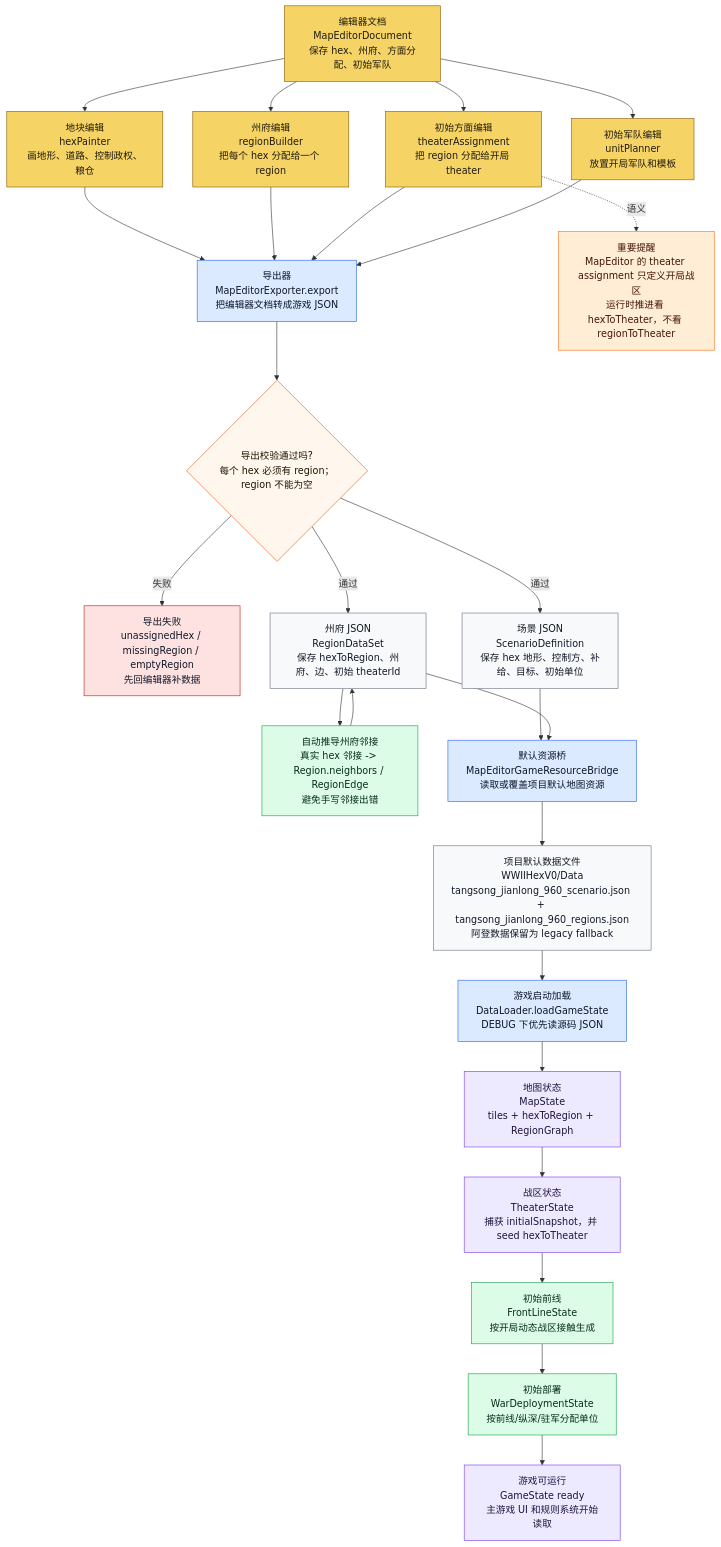
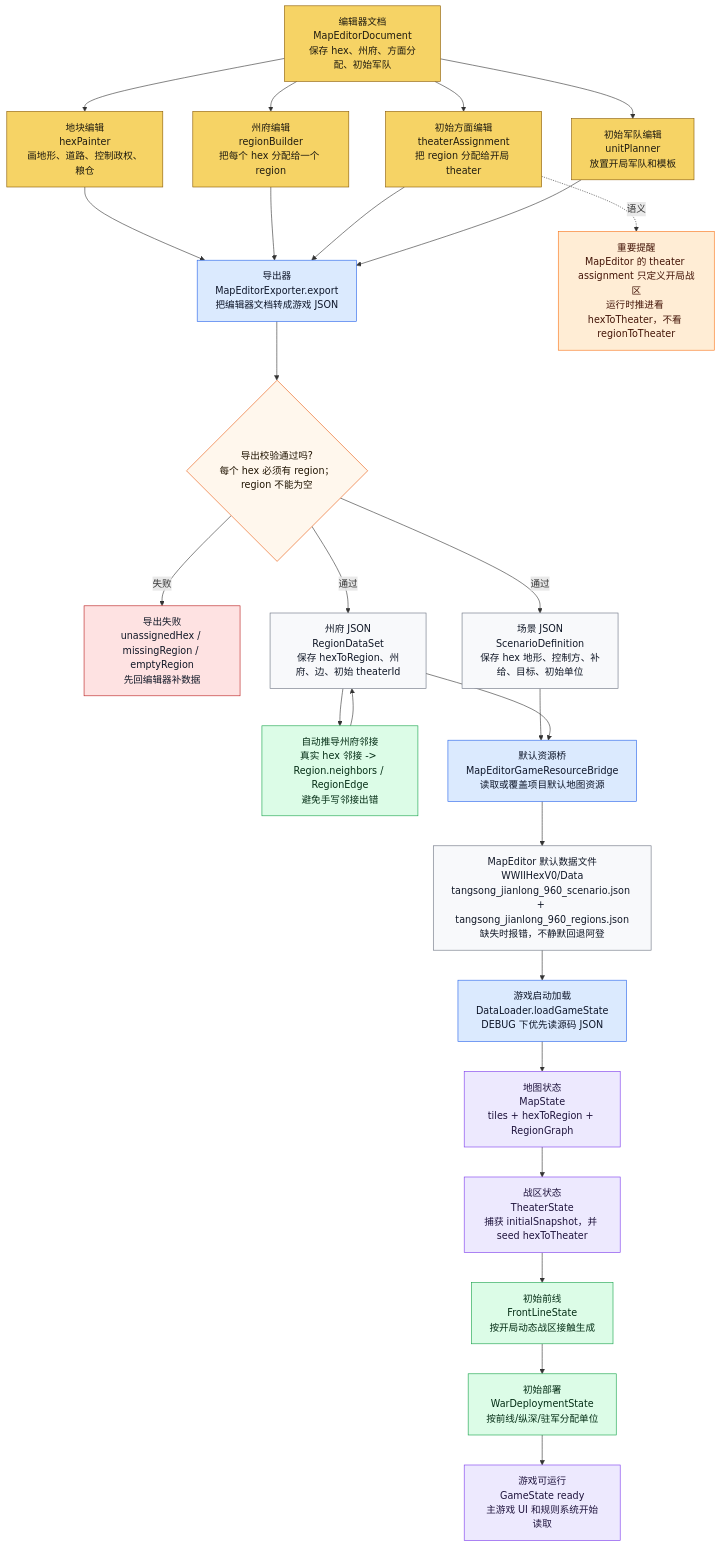
Before and after one commit to Altman-sam114/125: the eighth of 12 diagrams in md/flow/flowchart.md, drawn with Mermaid. The commit also changed 5 other files, not shown here.

````diff
--- a/md/flow/flowchart.md
+++ b/md/flow/flowchart.md
@@ -482,48 +482,48 @@
 ```mermaid
 flowchart TD
     DOC["编辑器文档<br/>MapEditorDocument<br/>保存 hex、州府、方面分配、初始军队"]:::editor
     MODE1["地块编辑<br/>hexPainter<br/>画地形、道路、控制政权、粮仓"]:::editor
     MODE2["州府编辑<br/>regionBuilder<br/>把每个 hex 分配给一个 region"]:::editor
     MODE3["初始方面编辑<br/>theaterAssignment<br/>把 region 分配给开局 theater"]:::editor
     MODE4["初始军队编辑<br/>unitPlanner<br/>放置开局军队和模板"]:::editor
     EXPORT["导出器<br/>MapEditorExporter.export<br/>把编辑器文档转成游戏 JSON"]:::loader
     CHECK{"导出校验通过吗?<br/>每个 hex 必须有 region；region 不能为空"}:::decision
     ERR["导出失败<br/>unassignedHex / missingRegion / emptyRegion<br/>先回编辑器补数据"]:::stop
     SCEN["场景 JSON<br/>ScenarioDefinition<br/>保存 hex 地形、控制方、补给、目标、初始单位"]:::data
     REG["州府 JSON<br/>RegionDataSet<br/>保存 hexToRegion、州府、边、初始 theaterId"]:::data
     NEI["自动推导州府邻接<br/>真实 hex 邻接 -> Region.neighbors / RegionEdge<br/>避免手写邻接出错"]:::derived
     BRIDGE["默认资源桥<br/>MapEditorGameResourceBridge<br/>读取或覆盖项目默认地图资源"]:::loader
-    FILES["项目默认数据文件<br/>WWIIHexV0/Data<br/>tangsong_jianlong_960_scenario.json + tangsong_jianlong_960_regions.json<br/>阿登数据保留为 legacy fallback"]:::data
+    FILES["MapEditor 默认数据文件<br/>WWIIHexV0/Data<br/>tangsong_jianlong_960_scenario.json + tangsong_jianlong_960_regions.json<br/>缺失时报错，不静默回退阿登"]:::data
     LOAD["游戏启动加载<br/>DataLoader.loadGameState<br/>DEBUG 下优先读源码 JSON"]:::loader
     MAP["地图状态<br/>MapState<br/>tiles + hexToRegion + RegionGraph"]:::state
     THEATER["战区状态<br/>TheaterState<br/>捕获 initialSnapshot，并 seed hexToTheater"]:::state
     FRONT["初始前线<br/>FrontLineState<br/>按开局动态战区接触生成"]:::derived
     DEPLOY["初始部署<br/>WarDeploymentState<br/>按前线/纵深/驻军分配单位"]:::derived
     GAME["游戏可运行<br/>GameState ready<br/>主游戏 UI 和规则系统开始读取"]:::state
 
     DOC --> MODE1 --> EXPORT
     DOC --> MODE2 --> EXPORT
     DOC --> MODE3 --> EXPORT
     DOC --> MODE4 --> EXPORT
     EXPORT --> CHECK
     CHECK -->|失败| ERR
     CHECK -->|通过| SCEN
     CHECK -->|通过| REG
     REG --> NEI --> REG
     SCEN --> BRIDGE
     REG --> BRIDGE
     BRIDGE --> FILES
     FILES --> LOAD --> MAP --> THEATER --> FRONT --> DEPLOY --> GAME
 
     NOTE["重要提醒<br/>MapEditor 的 theater assignment 只定义开局战区<br/>运行时推进看 hexToTheater，不看 regionToTheater"]:::warn
     MODE3 -.语义.-> NOTE
 
     classDef editor fill:#f6d365,stroke:#8a5a00,color:#1f1b10
     classDef loader fill:#dbeafe,stroke:#2563eb,color:#0f172a
     classDef decision fill:#fff7ed,stroke:#ea580c,color:#1f1300
     classDef stop fill:#fee2e2,stroke:#b91c1c,color:#111827
     classDef data fill:#f8f9fb,stroke:#6b7280,color:#111827
     classDef derived fill:#dcfce7,stroke:#16a34a,color:#052e16
     classDef state fill:#ede9fe,stroke:#7c3aed,color:#1f143d
     classDef warn fill:#ffedd5,stroke:#f97316,color:#431407
 ```
````
